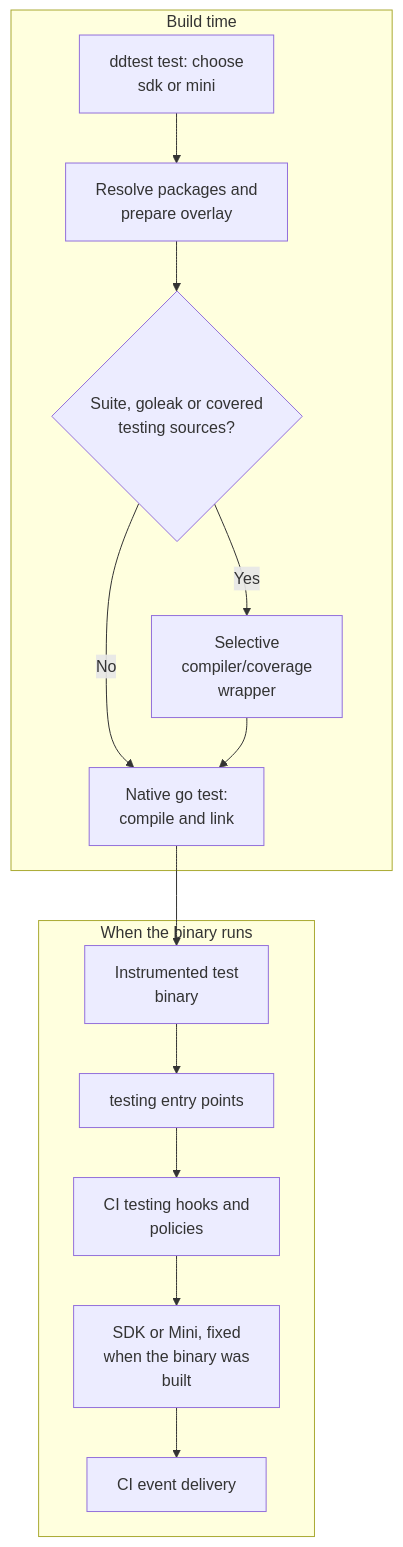
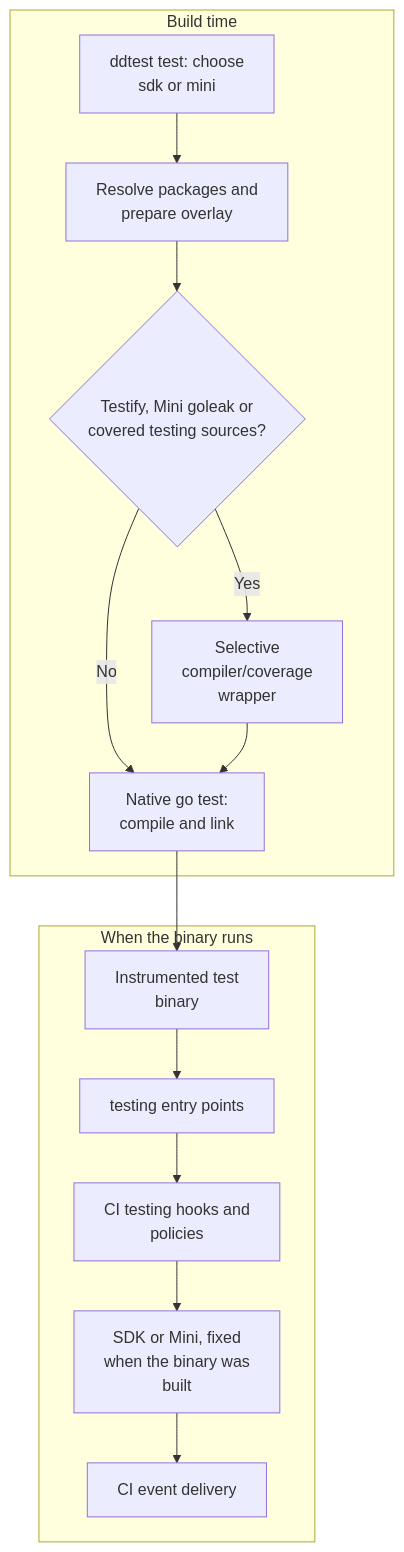
Before and after one commit to tonyredondo/dd-ci-testing-poc: the first of 6 diagrams in docs/architecture.md, drawn with Mermaid. The commit also changed other lines of this file and 30 other files, not shown here.

````diff
--- a/docs/architecture.md
+++ b/docs/architecture.md
@@ -19,17 +19,17 @@
 ```mermaid
 flowchart TB
     subgraph build["Build time"]
         CLI["ddtest test: choose<br/>sdk or mini"] --> Plan["Resolve packages and<br/>prepare overlay"]
-        Plan --> Selection{"Suite, goleak or covered<br/>testing sources?"}
+        Plan --> Selection{"Testify, Mini goleak or<br/>covered testing sources?"}
         Selection -->|Yes| Tools["Selective<br/>compiler/coverage<br/>wrapper"]
         Selection -->|No| Go["Native go test:<br/>compile and link"]
         Tools --> Go
     end
     Go --> Binary["Instrumented test<br/>binary"]
     subgraph execution["When the binary runs"]
         Binary --> Testing["testing entry points"]
         Testing --> Hooks["CI testing hooks and<br/>policies"]
         Hooks --> Runtime["SDK or Mini, fixed<br/>when the binary was<br/>built"]
         Runtime --> Output["CI event delivery"]
     end
 ```
````
